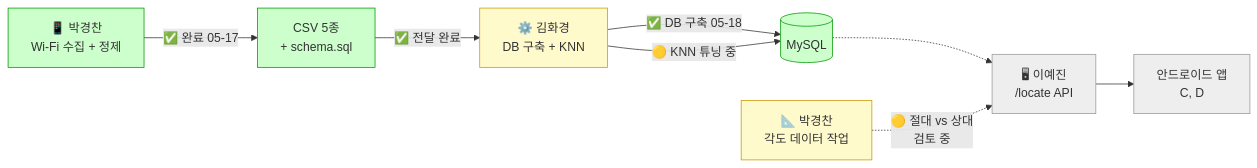
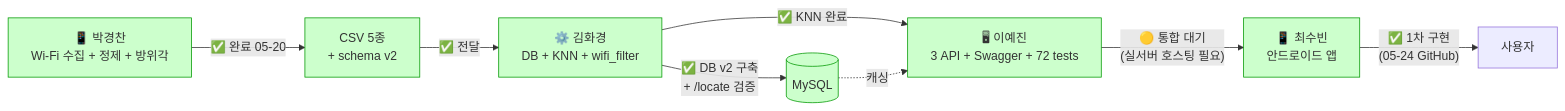
One commit to hwagyeong-a/subway-navigation-server changed the diagram in docs/10-진행이력.md. Above: the diagram before and after it, drawn with Mermaid. The commit also changed other lines of this file and 2 other files, not shown here.

````diff
--- a/docs/10-진행이력.md
+++ b/docs/10-진행이력.md
@@ -250,25 +312,23 @@
 ```mermaid
 flowchart LR
-    A["📱 박경찬<br/>Wi-Fi 수집 + 정제"]
-    B[CSV 5종<br/>+ schema.sql]
-    C["⚙️ 김화경<br/>DB 구축 + KNN"]
+    A["📱 박경찬<br/>Wi-Fi 수집 + 정제 + 방위각"]
+    B[CSV 5종<br/>+ schema v2]
+    C["⚙️ 김화경<br/>DB + KNN + wifi_filter"]
     D[(MySQL)]
-    E["🖥 이예진<br/>/locate API"]
-    F[안드로이드 앱<br/>C, D]
-    G["📐 박경찬<br/>각도 데이터 작업"]
+    E["🖥 이예진<br/>3 API + Swagger + 72 tests"]
+    F["📱 최수빈<br/>안드로이드 앱"]
+    G[사용자]
 
-    A -- "✅ 완료 05-17" --> B
-    B -- "✅ 전달 완료" --> C
-    C -- "✅ DB 구축 05-18" --> D
-    C -- "🟡 KNN 튜닝 중" --> D
-    D -.-> E
-    G -. "🟡 절대 vs 상대<br/>검토 중" .-> E
-    E --> F
+    A -- "✅ 완료 05-20" --> B
+    B -- "✅ 전달" --> C
+    C -- "✅ DB v2 구축<br/>+ /locate 검증" --> D
+    C -- "✅ KNN 완료" --> E
+    D -. 캐싱 .-> E
+    E -- "🟡 통합 대기<br/>(실서버 호스팅 필요)" --> F
+    F -- "✅ 1차 구현<br/>(05-24 GitHub)" --> G
 
     classDef done fill:#ccffcc,stroke:#009900
     classDef wip fill:#fffacc,stroke:#cc9900
     classDef wait fill:#eeeeee,stroke:#999999
-    class A,B,D done
-    class C,G wip
-    class E,F wait
+    class A,B,C,D,E,F done
 ```
````
